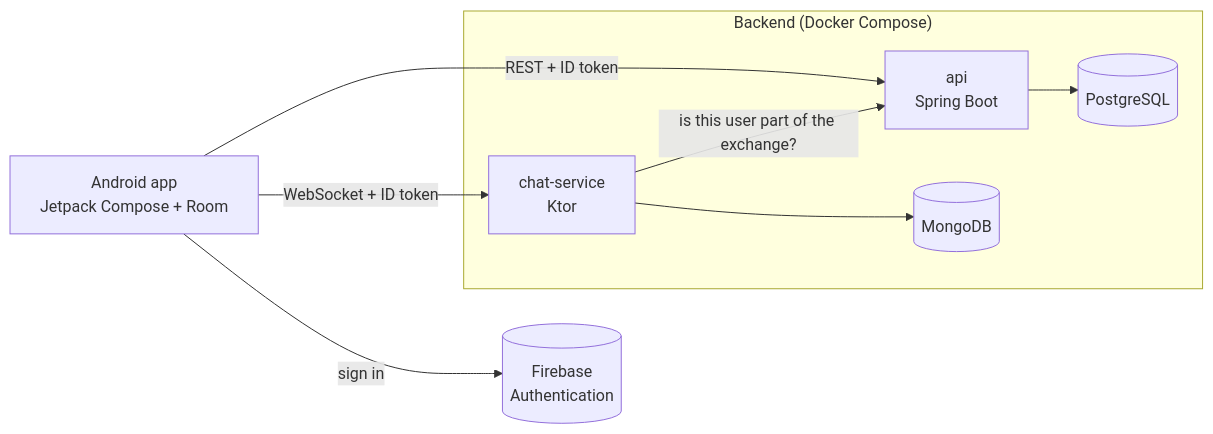
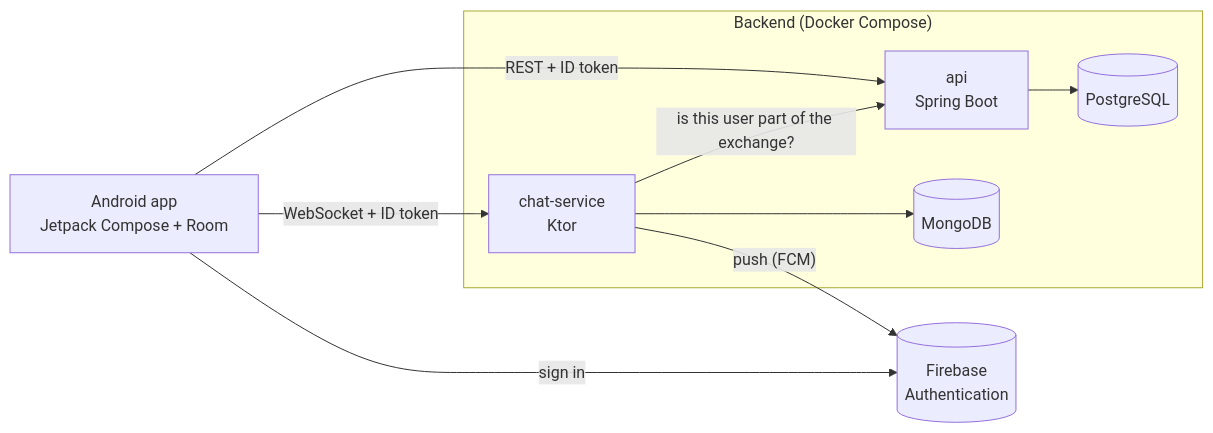
One commit to josesc03/bookintok changed the diagram in README.md. Above: the diagram before and after it, drawn with Mermaid. The commit also changed other lines of this file and 10 other files, not shown here.

````diff
--- a/README.md
+++ b/README.md
@@ -20,19 +49,20 @@
 ```mermaid
 flowchart LR
     app["Android app<br/>Jetpack Compose + Room"]
     fb[("Firebase<br/>Authentication")]
 
     subgraph backend["Backend (Docker Compose)"]
         api["api<br/>Spring Boot"]
         chat["chat-service<br/>Ktor"]
         pg[("PostgreSQL")]
         mongo[("MongoDB")]
     end
 
     app -- "sign in" --> fb
     app -- "REST + ID token" --> api
     app -- "WebSocket + ID token" --> chat
     api --> pg
     chat --> mongo
     chat -- "is this user part of the exchange?" --> api
+    chat -- "push (FCM)" --> fb
 ```
````
